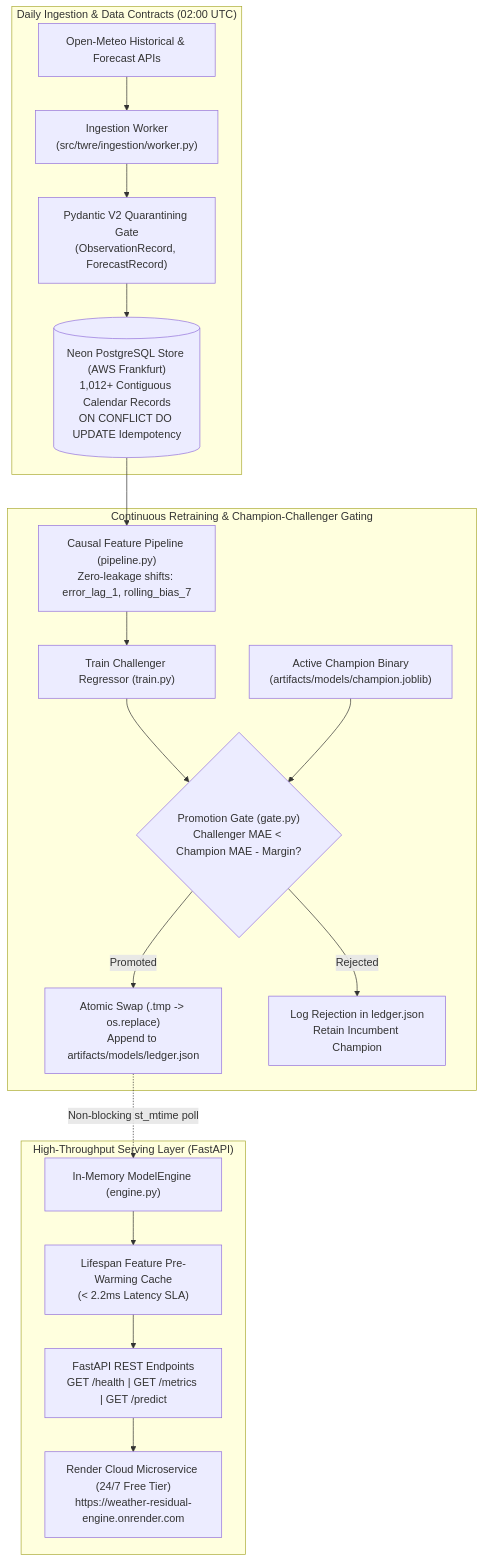
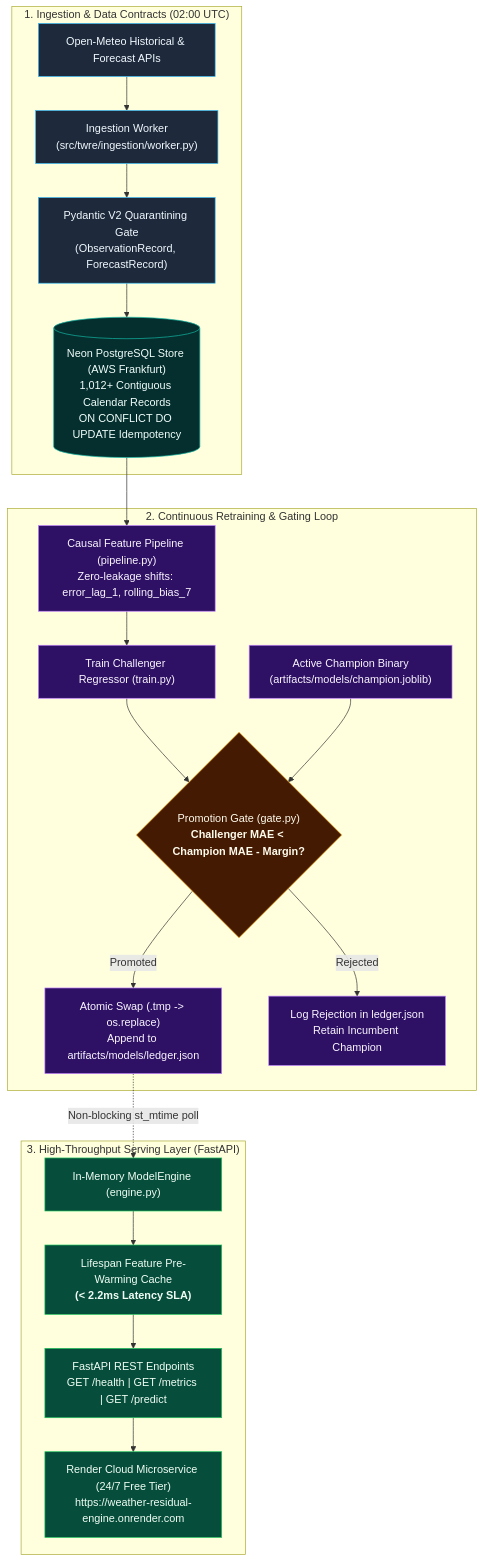
Before and after one commit to vxqzn/weather-residual-engine: the diagram in README.md, drawn with Mermaid. The commit also changed other lines of this file, not shown here.

Commit message:
fix: diagram visuals

````diff
--- a/README.md
+++ b/README.md
@@ -33,24 +33,30 @@
 ```mermaid
 flowchart TD
-    subgraph Ingestion["Daily Ingestion & Data Contracts (02:00 UTC)"]
-        OM["Open-Meteo Historical & Forecast APIs"] --> Worker["Ingestion Worker\n(src/twre/ingestion/worker.py)"]
-        Worker --> Pydantic["Pydantic V2 Quarantining Gate\n(ObservationRecord, ForecastRecord)"]
-        Pydantic --> DB[("Neon PostgreSQL Store (AWS Frankfurt)\n1,012+ Contiguous Calendar Records\nON CONFLICT DO UPDATE Idempotency")]
+    classDef ext fill:#1e293b,stroke:#38bdf8,stroke-width:1px,color:#f0f9ff;
+    classDef db fill:#042f2e,stroke:#14b8a6,stroke-width:1px,color:#f0fdfa;
+    classDef ml fill:#2e1065,stroke:#c084fc,stroke-width:1px,color:#faf5ff;
+    classDef gate fill:#451a03,stroke:#f59e0b,stroke-width:1px,color:#fffbeb;
+    classDef srv fill:#064e3b,stroke:#22c55e,stroke-width:1px,color:#f0fdf4;
+
+    subgraph Ingestion["1. Ingestion & Data Contracts (02:00 UTC)"]
+        OM["Open-Meteo Historical & Forecast APIs"]:::ext --> Worker["Ingestion Worker<br/>(src/twre/ingestion/worker.py)"]:::ext
+        Worker --> Pydantic["Pydantic V2 Quarantining Gate<br/>(ObservationRecord, ForecastRecord)"]:::ext
+        Pydantic --> DB[("Neon PostgreSQL Store (AWS Frankfurt)<br/>1,012+ Contiguous Calendar Records<br/>ON CONFLICT DO UPDATE Idempotency")]:::db
     end
 
-    subgraph MLOps["Continuous Retraining & Champion-Challenger Gating"]
-        DB --> FeatStore["Causal Feature Pipeline (pipeline.py)\nZero-leakage shifts: error_lag_1, rolling_bias_7"]
-        FeatStore --> Challenger["Train Challenger Regressor (train.py)"]
-        Challenger --> Gate{"Promotion Gate (gate.py)\nChallenger MAE < Champion MAE - Margin?"}
-        Champion["Active Champion Binary\n(artifacts/models/champion.joblib)"] --> Gate
-        Gate -- Promoted --> Atomic["Atomic Swap (.tmp -> os.replace)\nAppend to artifacts/models/ledger.json"]
-        Gate -- Rejected --> LogRejection["Log Rejection in ledger.json\nRetain Incumbent Champion"]
+    subgraph MLOps["2. Continuous Retraining & Gating Loop"]
+        DB --> FeatStore["Causal Feature Pipeline (pipeline.py)<br/>Zero-leakage shifts: error_lag_1, rolling_bias_7"]:::ml
+        FeatStore --> Challenger["Train Challenger Regressor (train.py)"]:::ml
+        Challenger --> Gate{"Promotion Gate (gate.py)<br/><b>Challenger MAE < Champion MAE - Margin?</b>"}:::gate
+        Champion["Active Champion Binary<br/>(artifacts/models/champion.joblib)"]:::ml --> Gate
+        Gate -- Promoted --> Atomic["Atomic Swap (.tmp -> os.replace)<br/>Append to artifacts/models/ledger.json"]:::ml
+        Gate -- Rejected --> LogRejection["Log Rejection in ledger.json<br/>Retain Incumbent Champion"]:::ml
     end
 
-    subgraph Serving["High-Throughput Serving Layer (FastAPI)"]
-        Atomic -. Non-blocking st_mtime poll .-> ModelEngine["In-Memory ModelEngine (engine.py)"]
-        ModelEngine --> Cache["Lifespan Feature Pre-Warming Cache\n(< 2.2ms Latency SLA)"]
-        Cache --> Endpoints["FastAPI REST Endpoints\nGET /health | GET /metrics | GET /predict"]
-        Endpoints --> Render["Render Cloud Microservice (24/7 Free Tier)\nhttps://weather-residual-engine.onrender.com"]
+    subgraph Serving["3. High-Throughput Serving Layer (FastAPI)"]
+        Atomic -. Non-blocking st_mtime poll .-> ModelEngine["In-Memory ModelEngine (engine.py)"]:::srv
+        ModelEngine --> Cache["Lifespan Feature Pre-Warming Cache<br/><b>(&lt; 2.2ms Latency SLA)</b>"]:::srv
+        Cache --> Endpoints["FastAPI REST Endpoints<br/>GET /health | GET /metrics | GET /predict"]:::srv
+        Endpoints --> Render["Render Cloud Microservice (24/7 Free Tier)<br/>https://weather-residual-engine.onrender.com"]:::srv
     end
 ```
````
